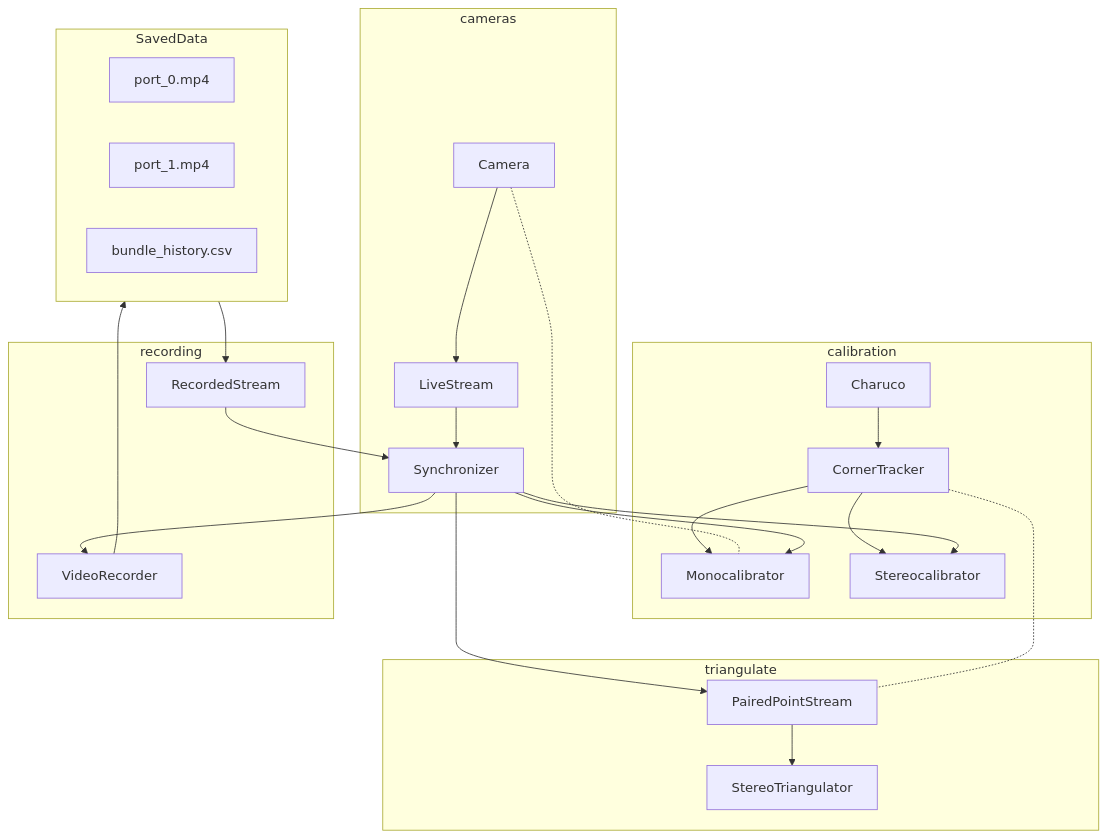
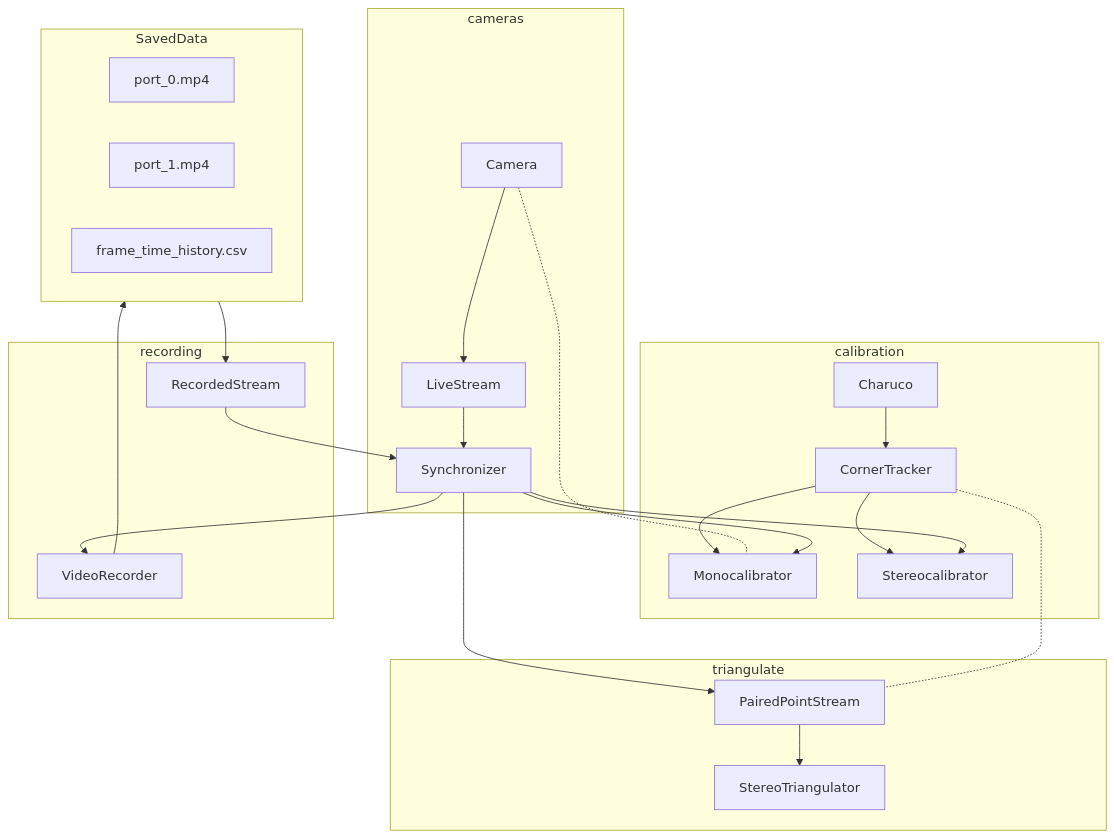
Before and after one commit to mprib/caliscope: the diagram in README.md, drawn with Mermaid. The commit also changed 2 other files, not shown here.

Commit message:
frame_time not bundle data

````diff
--- a/README.md
+++ b/README.md
@@ -29,40 +29,40 @@
 ```mermaid
 graph 
 
 subgraph calibration
 Charuco --> CornerTracker
 CornerTracker --> Monocalibrator
 CornerTracker --> Stereocalibrator
 end
 
 subgraph cameras
 Camera -..- Monocalibrator
 Camera --> LiveStream
 LiveStream --> Synchronizer
 Synchronizer --> Monocalibrator
 Synchronizer --> Stereocalibrator
 end
 
 Synchronizer --> PairedPointStream 
 
 subgraph SavedData
 port_0.mp4
 port_1.mp4
-bundle_history.csv
+frame_time_history.csv
 end
 
 CornerTracker -..- PairedPointStream
 
 subgraph recording
 RecordedStream --> Synchronizer
 Synchronizer --> VideoRecorder
 end
 
 VideoRecorder --> SavedData
 SavedData --> RecordedStream
 
 subgraph triangulate
 PairedPointStream --> StereoTriangulator
 end
 
 ```
````
